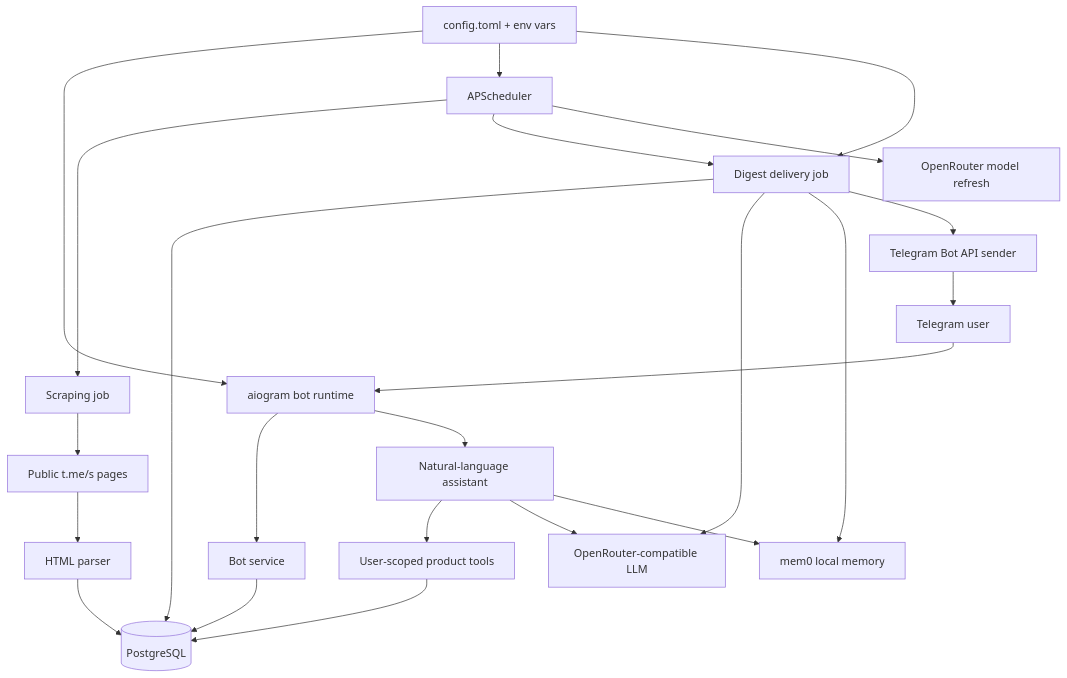
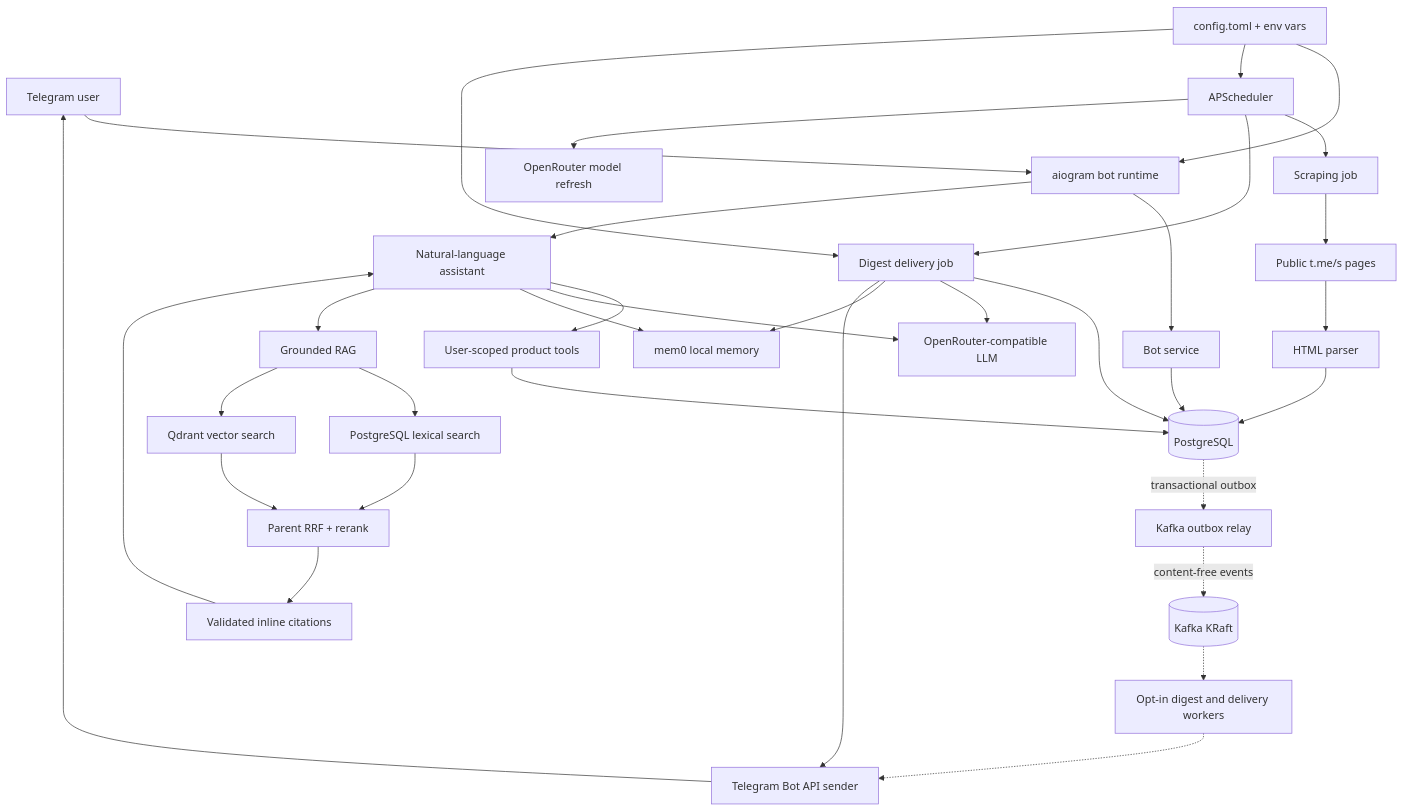
One commit to bzzbbzbz/Channel-Scanner changed the diagram in docs/architecture.md. Above: the diagram before and after it, drawn with Mermaid. The commit also changed other lines of this file and 3 other files, not shown here.

Commit message:
docs: showcase RAG and Kafka architecture

````diff
--- a/docs/architecture.md
+++ b/docs/architecture.md
@@ -5,30 +5,43 @@
 ```mermaid
 flowchart TD
     user[Telegram user] --> bot[aiogram bot runtime]
     bot --> service[Bot service]
     service --> db[(PostgreSQL)]
 
     scheduler[APScheduler] --> scrape[Scraping job]
     scheduler --> digest[Digest delivery job]
     scheduler --> modelRefresh[OpenRouter model refresh]
 
     scrape --> telegramPages[Public t.me/s pages]
     telegramPages --> parser[HTML parser]
     parser --> db
 
     digest --> db
     digest --> llm[OpenRouter-compatible LLM]
     digest --> memory[mem0 local memory]
     digest --> sender[Telegram Bot API sender]
     sender --> user
 
     bot --> assistant[Natural-language assistant]
     assistant --> tools[User-scoped product tools]
     assistant --> llm
     assistant --> memory
     tools --> db
 
+    assistant --> rag[Grounded RAG]
+    rag --> lexical[PostgreSQL lexical search]
+    rag --> vector[Qdrant vector search]
+    lexical --> fusion[Parent RRF + rerank]
+    vector --> fusion
+    fusion --> cited[Validated inline citations]
+    cited --> assistant
+
+    db -. transactional outbox .-> relay[Kafka outbox relay]
+    relay -. content-free events .-> kafka[(Kafka KRaft)]
+    kafka -.-> worker[Opt-in digest and delivery workers]
+    worker -.-> sender
+
     config[config.toml + env vars] --> bot
     config --> scheduler
     config --> digest
 ```
````
